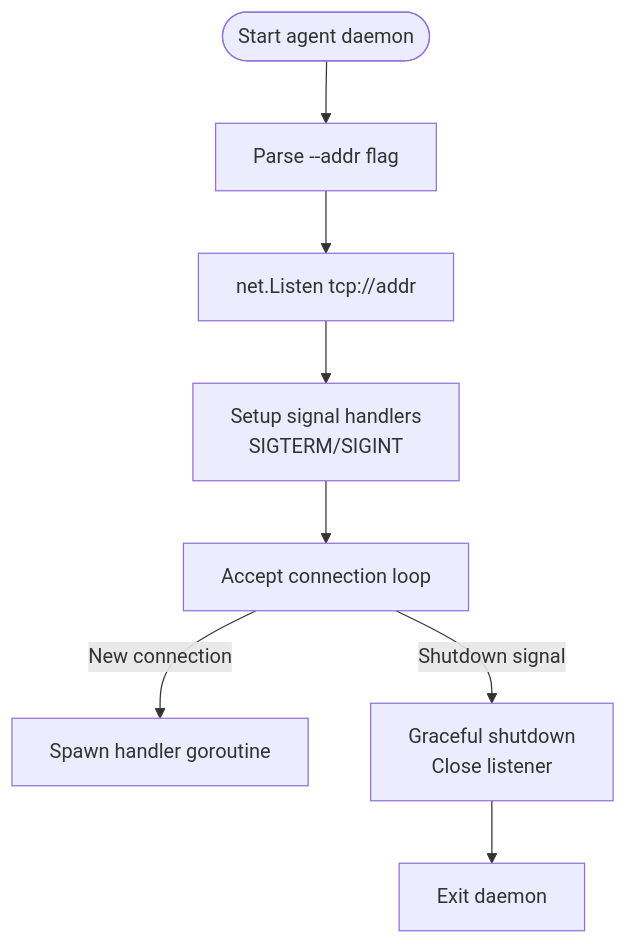
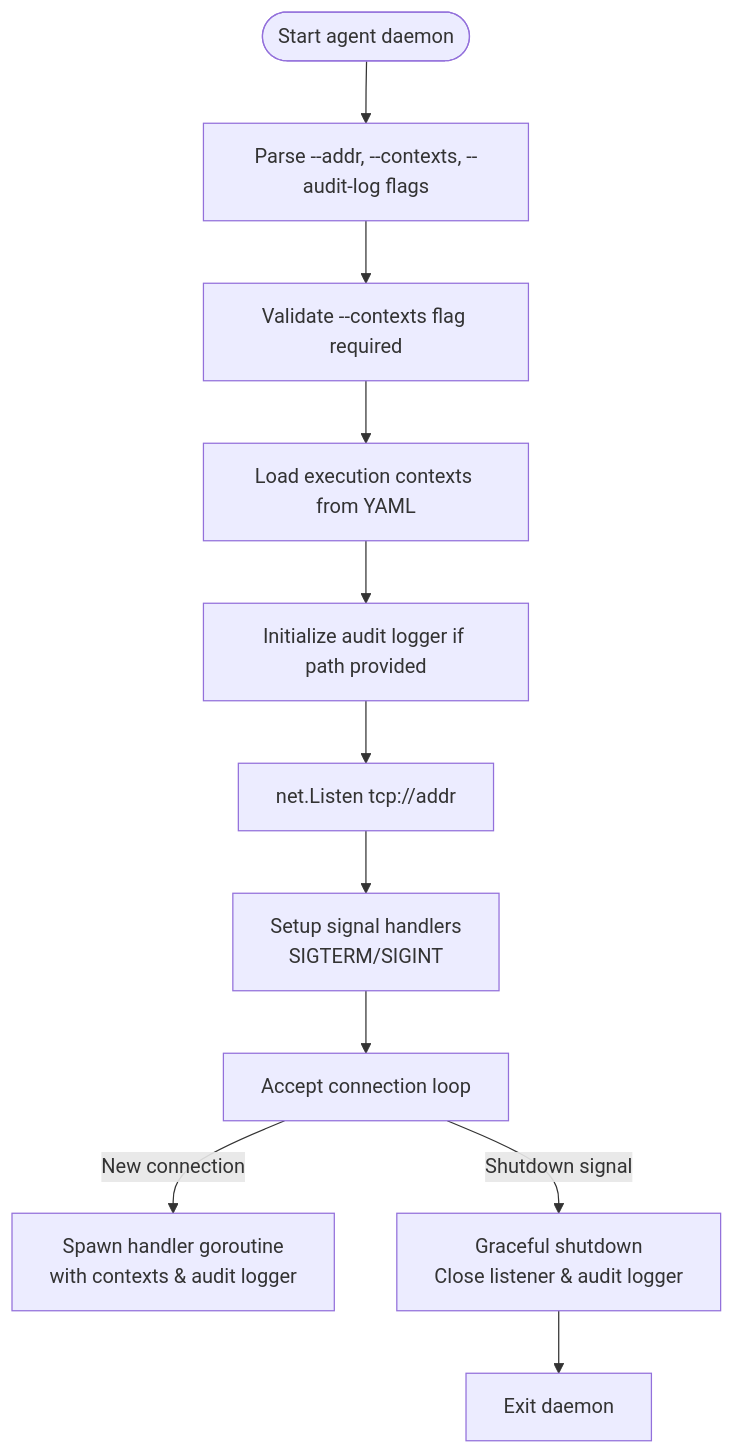
The third of 8 diagrams in .qoder/repowiki/en/content/CLI Commands Reference/Agent Command.md (ahmednour1430464/dotdevops), drawn with Mermaid before and after one commit. The commit also changed other lines of this file and 12 other files, not shown here.

````diff
--- a/.qoder/repowiki/en/content/CLI Commands Reference/Agent Command.md
+++ b/.qoder/repowiki/en/content/CLI Commands Reference/Agent Command.md
@@ -141,10 +171,13 @@
 ```mermaid
 flowchart TD
-Start(["Start agent daemon"]) --> ParseFlags["Parse --addr flag"]
-ParseFlags --> Bind["net.Listen tcp://addr"]
+Start(["Start agent daemon"]) --> ParseFlags["Parse --addr, --contexts, --audit-log flags"]
+ParseFlags --> ValidateFlags["Validate --contexts flag required"]
+ValidateFlags --> LoadContexts["Load execution contexts from YAML"]
+LoadContexts --> InitAuditLogger["Initialize audit logger if path provided"]
+InitAuditLogger --> Bind["net.Listen tcp://addr"]
 Bind --> SignalSetup["Setup signal handlers<br/>SIGTERM/SIGINT"]
 SignalSetup --> AcceptLoop["Accept connection loop"]
-AcceptLoop --> |New connection| SpawnHandler["Spawn handler goroutine"]
-AcceptLoop --> |Shutdown signal| GracefulShutdown["Graceful shutdown<br/>Close listener"]
+AcceptLoop --> |New connection| SpawnHandler["Spawn handler goroutine<br/>with contexts & audit logger"]
+AcceptLoop --> |Shutdown signal| GracefulShutdown["Graceful shutdown<br/>Close listener & audit logger"]
 GracefulShutdown --> Exit["Exit daemon"]
 ```
````
